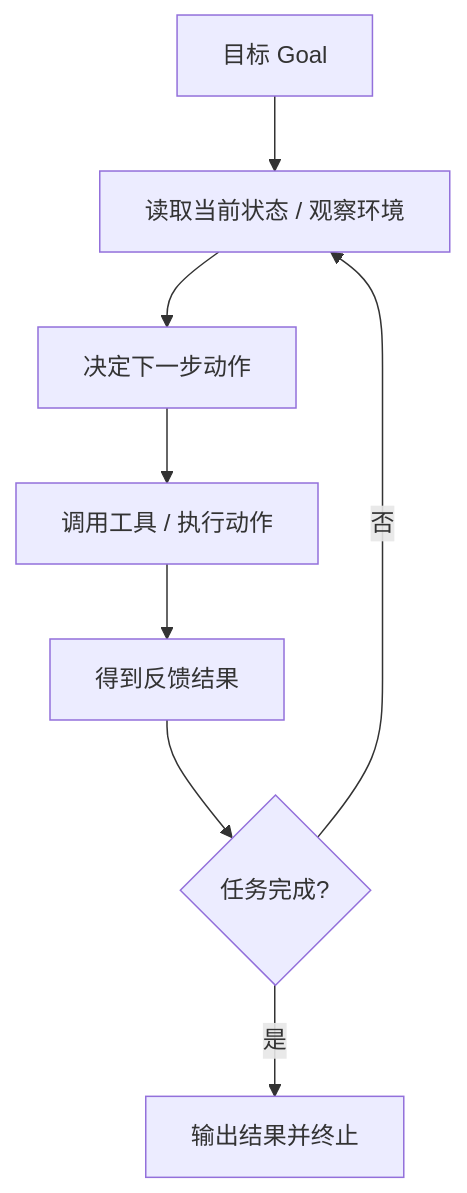
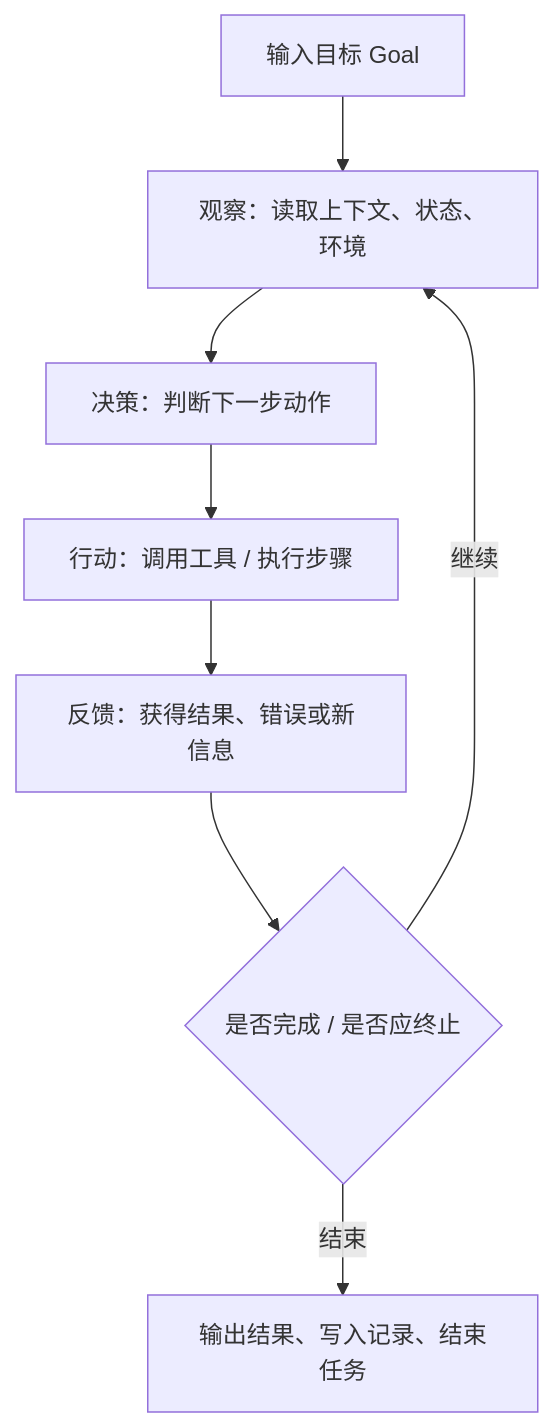
One commit to qxq1997/learning_stuff changed the first of 2 diagrams in AI Agent/01_AI Agent是什么，它和普通大模型调用有什么区别.md. Above: the diagram before and after it, drawn with Mermaid. The commit also changed other lines of this file and 6 other files, not shown here.

````diff
--- a/AI Agent/01_AI Agent是什么，它和普通大模型调用有什么区别.md
+++ b/AI Agent/01_AI Agent是什么，它和普通大模型调用有什么区别.md
@@ -141,10 +192,10 @@
 ```mermaid
 flowchart TD
-    A["目标 Goal"] --> B["读取当前状态 / 观察环境"]
-    B --> C["决定下一步动作"]
-    C --> D["调用工具 / 执行动作"]
-    D --> E["得到反馈结果"]
-    E --> F{"任务完成?"}
-    F -- "否" --> B
-    F -- "是" --> G["输出结果并终止"]
+    A["输入目标 Goal"] --> B["观察：读取上下文、状态、环境"]
+    B --> C["决策：判断下一步动作"]
+    C --> D["行动：调用工具 / 执行步骤"]
+    D --> E["反馈：获得结果、错误或新信息"]
+    E --> F{"是否完成 / 是否应终止"}
+    F -- "继续" --> B
+    F -- "结束" --> G["输出结果、写入记录、结束任务"]
 ```
````
